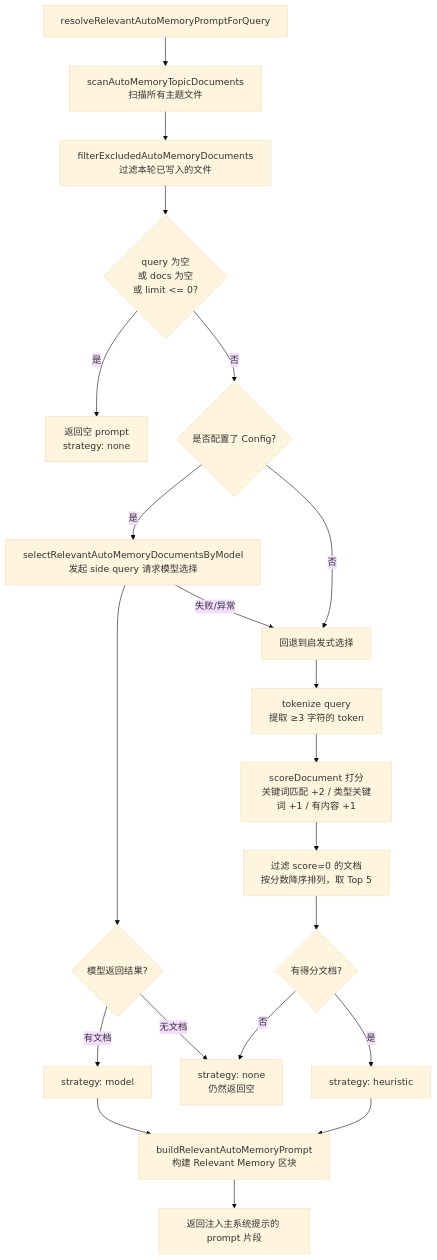
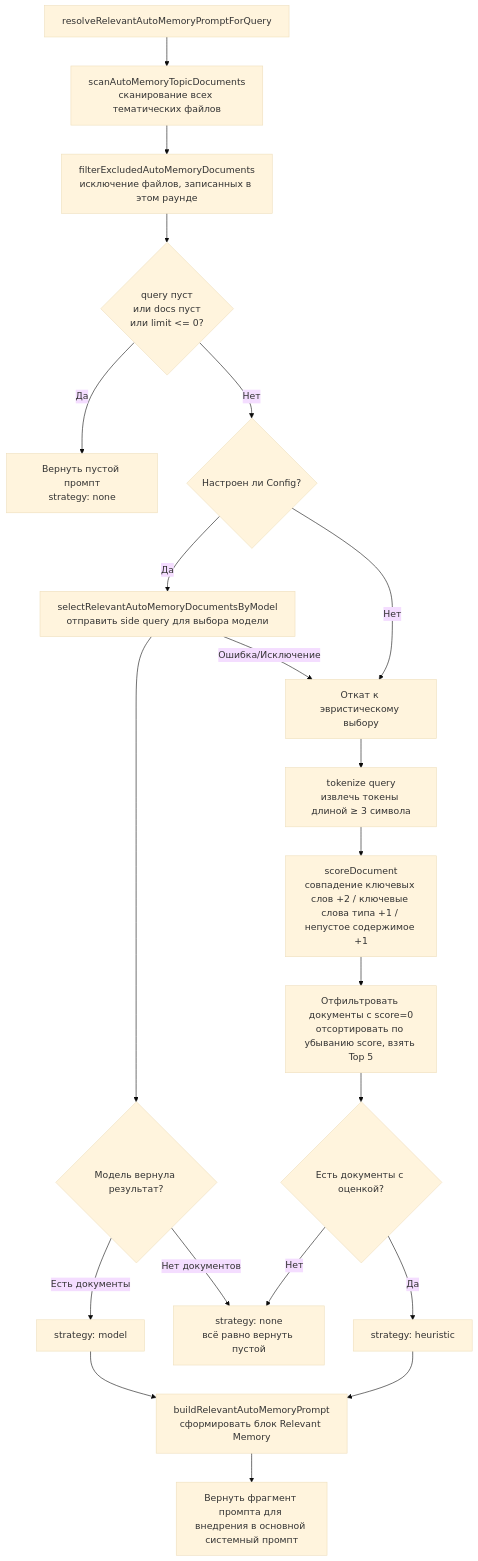
One commit to QwenLM/qwen-code-docs changed the sixth of 7 diagrams in website/content/ru/design/auto-memory/memory-system.md. Above: the diagram before and after it, drawn with Mermaid (base theme). The commit also changed other lines of this file and 1077 other files, not shown here.

````diff
--- a/website/content/ru/design/auto-memory/memory-system.md
+++ b/website/content/ru/design/auto-memory/memory-system.md
@@ -344,23 +346,23 @@
 ```mermaid
 flowchart TD
-    A[resolveRelevantAutoMemoryPromptForQuery] --> B[scanAutoMemoryTopicDocuments\n扫描所有主题文件]
-    B --> C[filterExcludedAutoMemoryDocuments\n过滤本轮已写入的文件]
-    C --> D{query 为空\n或 docs 为空\n或 limit <= 0?}
-    D -- 是 --> E[返回空 prompt\nstrategy: none]
-    D -- 否 --> F{是否配置了 Config?}
-    F -- 是 --> G[selectRelevantAutoMemoryDocumentsByModel\n发起 side query 请求模型选择]
-    G --> H{模型返回结果?}
-    H -- 有文档 --> I[strategy: model]
-    H -- 无文档 --> J[strategy: none\n仍然返回空]
-    G -- "失败/异常" --> K[回退到启发式选择]
-    F -- 否 --> K
-    K --> L[tokenize query\n提取 ≥3 字符的 token]
-    L --> M[scoreDocument 打分\n关键词匹配 +2 / 类型关键词 +1 / 有内容 +1]
-    M --> N[过滤 score=0 的文档\n按分数降序排列，取 Top 5]
-    N --> O{有得分文档?}
-    O -- 是 --> P[strategy: heuristic]
-    O -- 否 --> J
-    I --> Q[buildRelevantAutoMemoryPrompt\n构建 Relevant Memory 区块]
+    A[resolveRelevantAutoMemoryPromptForQuery] --> B[scanAutoMemoryTopicDocuments\nсканирование всех тематических файлов]
+    B --> C[filterExcludedAutoMemoryDocuments\nисключение файлов, записанных в этом раунде]
+    C --> D{query пуст\nили docs пуст\nили limit <= 0?}
+    D -- Да --> E[Вернуть пустой промпт\nstrategy: none]
+    D -- Нет --> F{Настроен ли Config?}
+    F -- Да --> G[selectRelevantAutoMemoryDocumentsByModel\nотправить side query для выбора модели]
+    G --> H{Модель вернула результат?}
+    H -- Есть документы --> I[strategy: model]
+    H -- Нет документов --> J[strategy: none\nвсё равно вернуть пустой]
+    G -- "Ошибка/Исключение" --> K[Откат к эвристическому выбору]
+    F -- Нет --> K
+    K --> L[tokenize query\nизвлечь токены длиной ≥ 3 символа]
+    L --> M[scoreDocument\nсовпадение ключевых слов +2 / ключевые слова типа +1 / непустое содержимое +1]
+    M --> N[Отфильтровать документы с score=0\nотсортировать по убыванию score, взять Top 5]
+    N --> O{Есть документы с оценкой?}
+    O -- Да --> P[strategy: heuristic]
+    O -- Нет --> J
+    I --> Q[buildRelevantAutoMemoryPrompt\nсформировать блок Relevant Memory]
     P --> Q
-    Q --> R[返回注入主系统提示的 prompt 片段]
+    Q --> R[Вернуть фрагмент промпта для внедрения в основной системный промпт]
 ```
````
